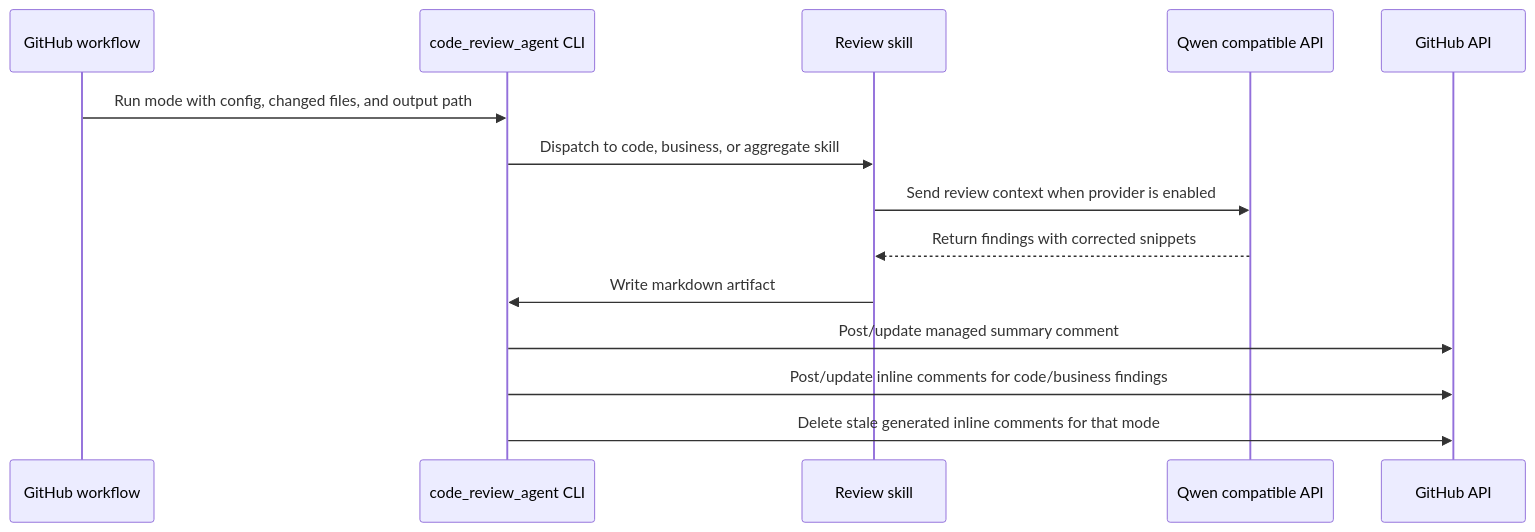
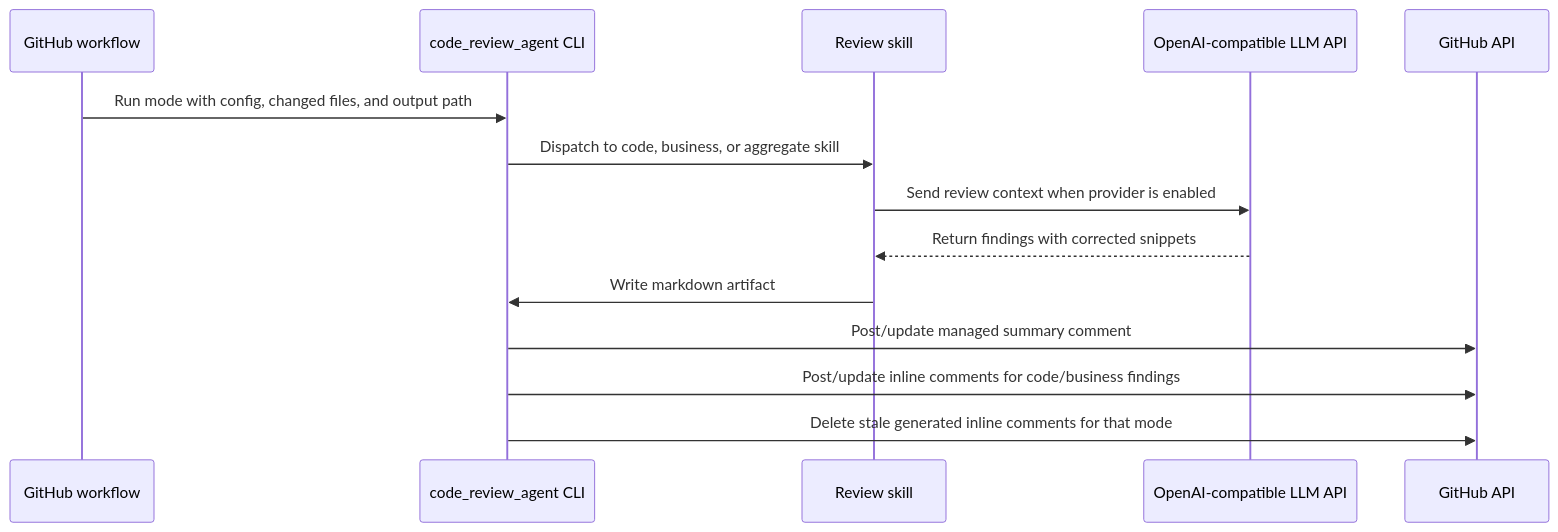
Before and after one commit to laughingkid-sg/code-review-agent: the second of 2 diagrams in README.md, drawn with Mermaid. The commit also changed other lines of this file and 6 other files, not shown here.

````diff
--- a/README.md
+++ b/README.md
@@ -45,16 +45,16 @@
 ```mermaid
 sequenceDiagram
   participant Workflow as GitHub workflow
   participant CLI as code_review_agent CLI
   participant Skill as Review skill
-  participant LLM as Qwen compatible API
+  participant LLM as OpenAI-compatible LLM API
   participant GH as GitHub API
   Workflow->>CLI: Run mode with config, changed files, and output path
   CLI->>Skill: Dispatch to code, business, or aggregate skill
   Skill->>LLM: Send review context when provider is enabled
   LLM-->>Skill: Return findings with corrected snippets
   Skill->>CLI: Write markdown artifact
   CLI->>GH: Post/update managed summary comment
   CLI->>GH: Post/update inline comments for code/business findings
   CLI->>GH: Delete stale generated inline comments for that mode
 ```
````
